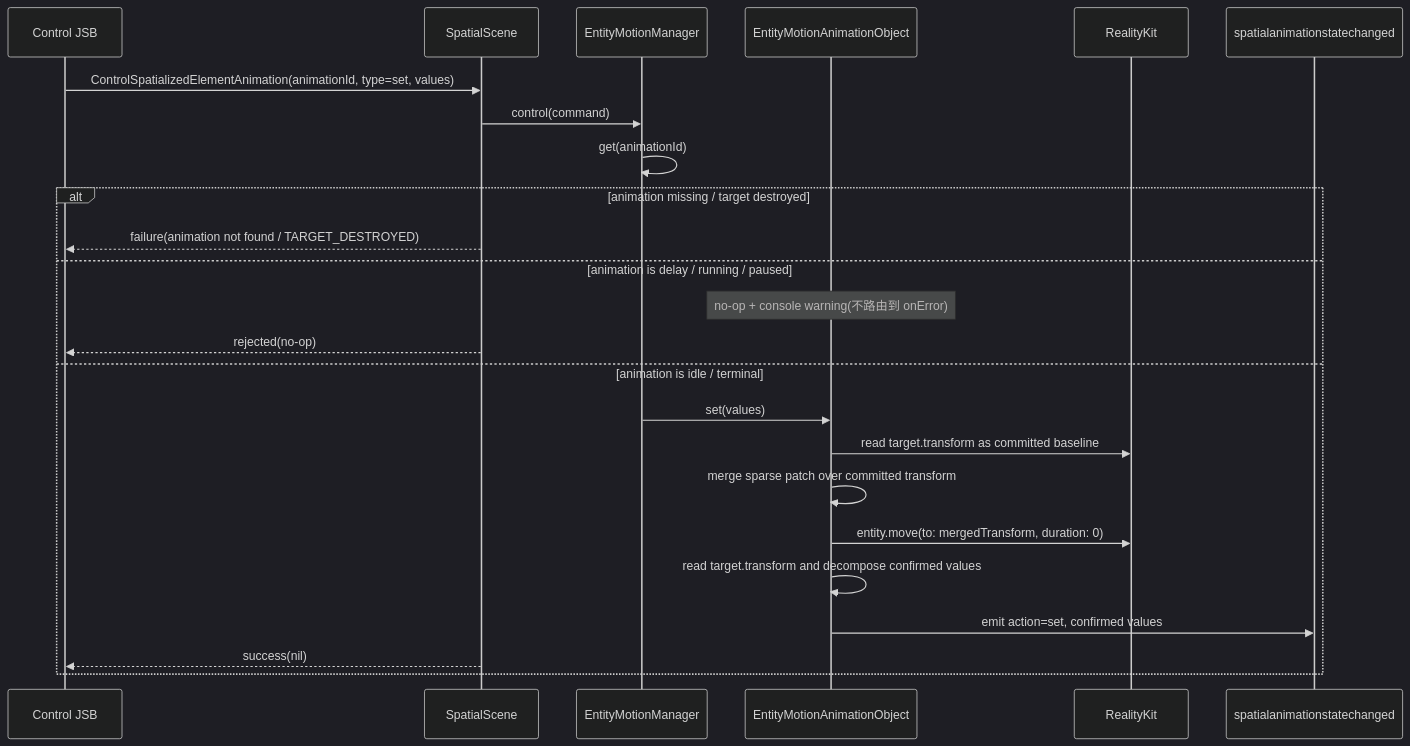
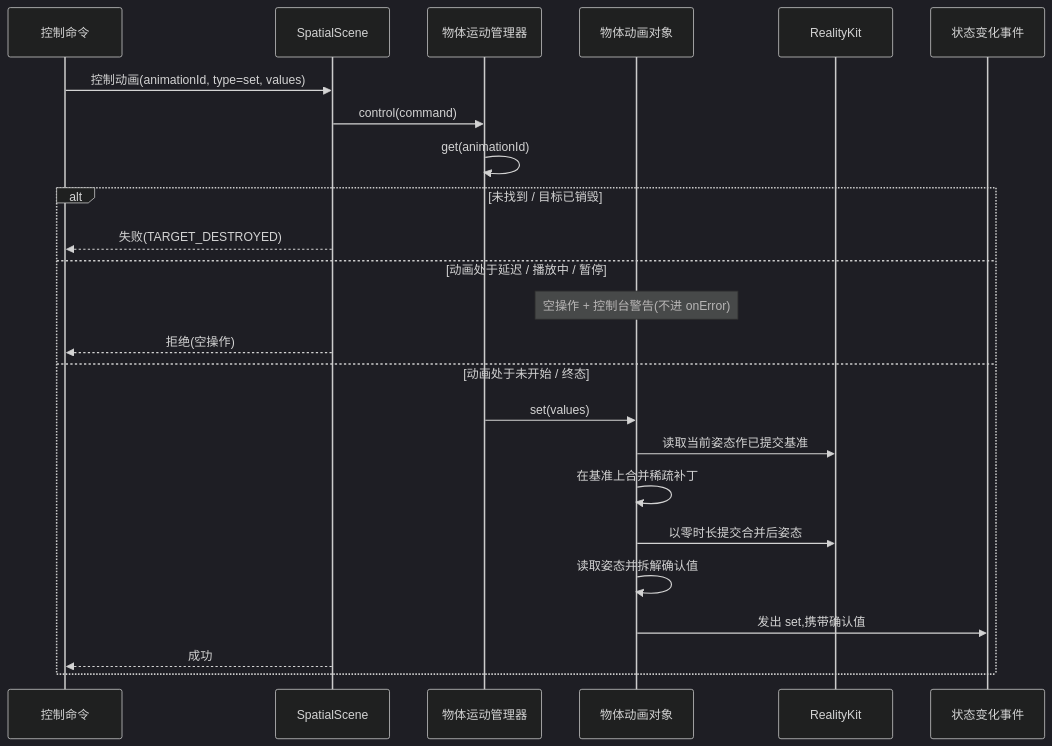
Before and after one commit to webspatial/webspatial-sdk: diagram 11 of 11 in openspec/changes/redesign-entity-motion-api/design.zh.md, drawn with Mermaid (dark theme). The commit also changed other lines of this file and 7 other files, not shown here.

````diff
--- a/openspec/changes/redesign-entity-motion-api/design.zh.md
+++ b/openspec/changes/redesign-entity-motion-api/design.zh.md
@@ -786,27 +955,27 @@
 ```mermaid
 sequenceDiagram
-    participant JSB as Control JSB
+    participant JSB as 控制命令
     participant Scene as SpatialScene
-    participant Manager as EntityMotionManager
-    participant Obj as EntityMotionAnimationObject
+    participant Manager as 物体运动管理器
+    participant Obj as 物体动画对象
     participant RK as RealityKit
-    participant Event as spatialanimationstatechanged
+    participant Event as 状态变化事件
 
-    JSB->>Scene: ControlSpatializedElementAnimation(animationId, type=set, values)
+    JSB->>Scene: 控制动画(animationId, type=set, values)
     Scene->>Manager: control(command)
     Manager->>Manager: get(animationId)
-    alt animation missing / target destroyed
-        Scene-->>JSB: failure(animation not found / TARGET_DESTROYED)
-    else animation is delay / running / paused
-        Note over Obj: no-op + console warning(不路由到 onError)
-        Scene-->>JSB: rejected(no-op)
-    else animation is idle / terminal
+    alt 未找到 / 目标已销毁
+        Scene-->>JSB: 失败(TARGET_DESTROYED)
+    else 动画处于延迟 / 播放中 / 暂停
+        Note over Obj: 空操作 + 控制台警告(不进 onError)
+        Scene-->>JSB: 拒绝(空操作)
+    else 动画处于未开始 / 终态
         Manager->>Obj: set(values)
-        Obj->>RK: read target.transform as committed baseline
-        Obj->>Obj: merge sparse patch over committed transform
-        Obj->>RK: entity.move(to: mergedTransform, duration: 0)
-        Obj->>Obj: read target.transform and decompose confirmed values
-        Obj->>Event: emit action=set, confirmed values
-        Scene-->>JSB: success(nil)
+        Obj->>RK: 读取当前姿态作已提交基准
+        Obj->>Obj: 在基准上合并稀疏补丁
+        Obj->>RK: 以零时长提交合并后姿态
+        Obj->>Obj: 读取姿态并拆解确认值
+        Obj->>Event: 发出 set,携带确认值
+        Scene-->>JSB: 成功
     end
 ```
````
